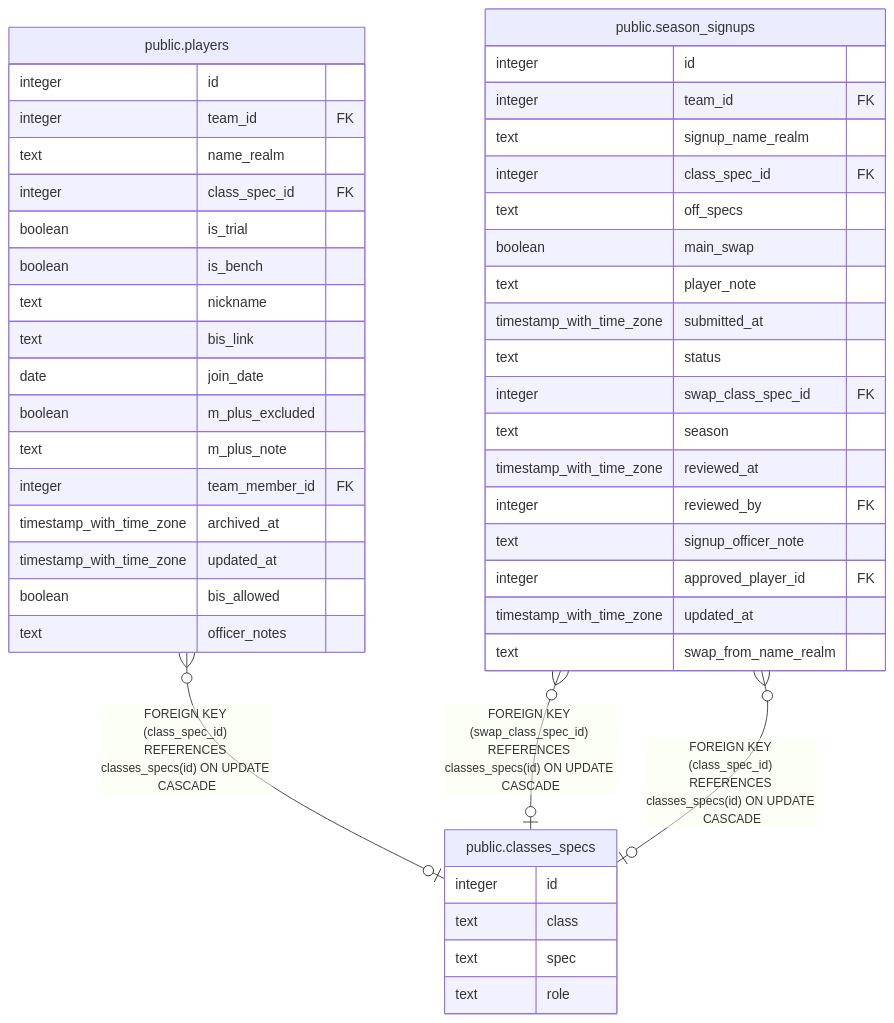
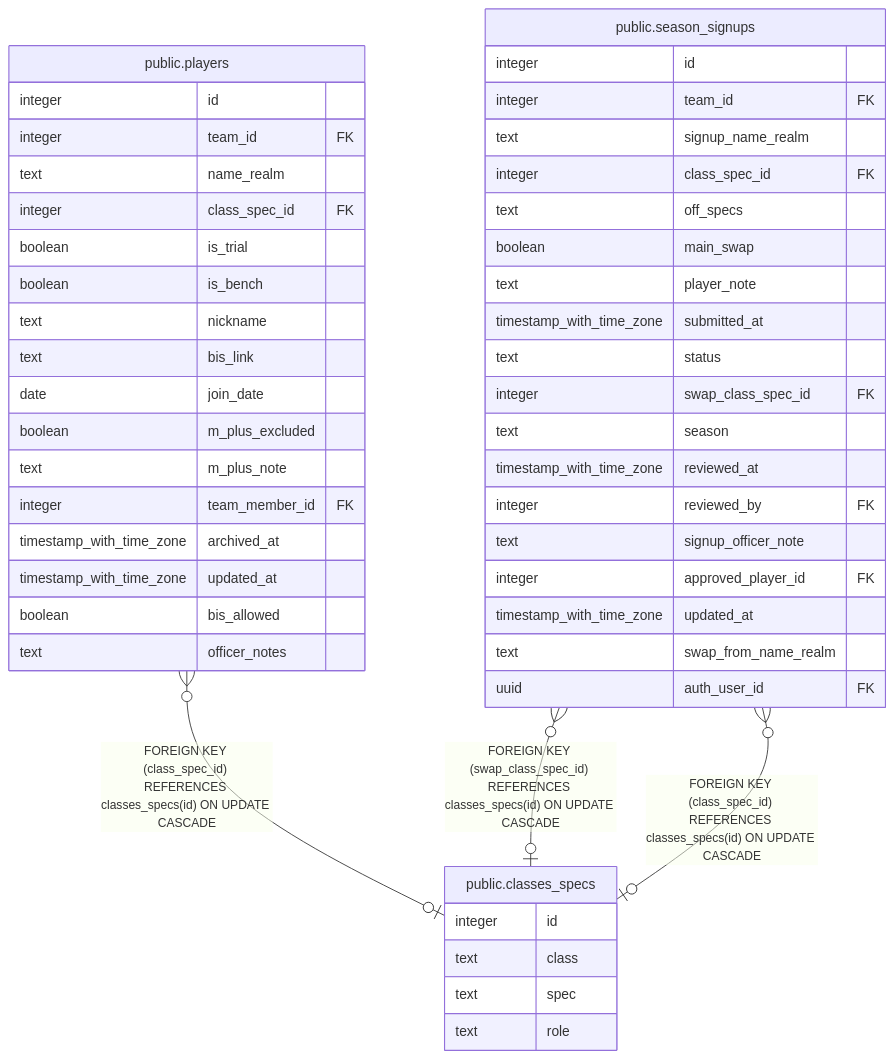
The diagram in dbdoc/public.classes_specs.md (katogaming88/WGA-Raid-Hub), drawn with Mermaid before and after one commit. The commit also changed 23 other files, not shown here.

````diff
--- a/dbdoc/public.classes_specs.md
+++ b/dbdoc/public.classes_specs.md
@@ -31,51 +31,52 @@
 ```mermaid
 erDiagram
 
 "public.players" }o--o| "public.classes_specs" : "FOREIGN KEY (class_spec_id) REFERENCES classes_specs(id) ON UPDATE CASCADE"
 "public.season_signups" }o--o| "public.classes_specs" : "FOREIGN KEY (swap_class_spec_id) REFERENCES classes_specs(id) ON UPDATE CASCADE"
 "public.season_signups" }o--o| "public.classes_specs" : "FOREIGN KEY (class_spec_id) REFERENCES classes_specs(id) ON UPDATE CASCADE"
 
 "public.classes_specs" {
   integer id
   text class
   text spec
   text role
 }
 "public.players" {
   integer id
   integer team_id FK
   text name_realm
   integer class_spec_id FK
   boolean is_trial
   boolean is_bench
   text nickname
   text bis_link
   date join_date
   boolean m_plus_excluded
   text m_plus_note
   integer team_member_id FK
   timestamp_with_time_zone archived_at
   timestamp_with_time_zone updated_at
   boolean bis_allowed
   text officer_notes
 }
 "public.season_signups" {
   integer id
   integer team_id FK
   text signup_name_realm
   integer class_spec_id FK
   text off_specs
   boolean main_swap
   text player_note
   timestamp_with_time_zone submitted_at
   text status
   integer swap_class_spec_id FK
   text season
   timestamp_with_time_zone reviewed_at
   integer reviewed_by FK
   text signup_officer_note
   integer approved_player_id FK
   timestamp_with_time_zone updated_at
   text swap_from_name_realm
+  uuid auth_user_id FK
 }
 ```
````
